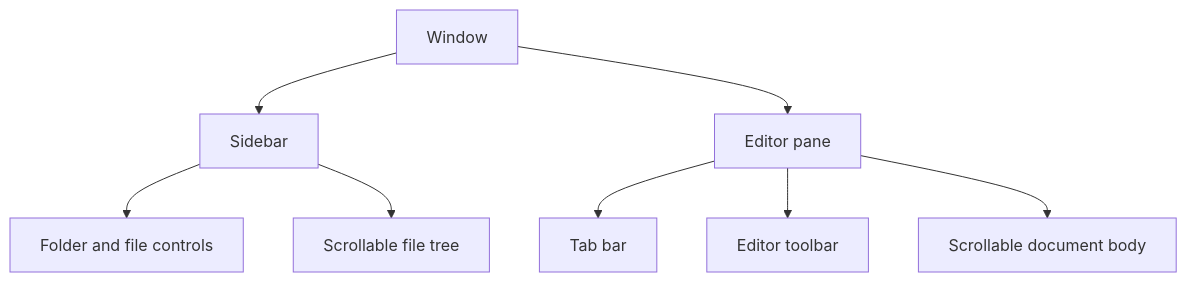
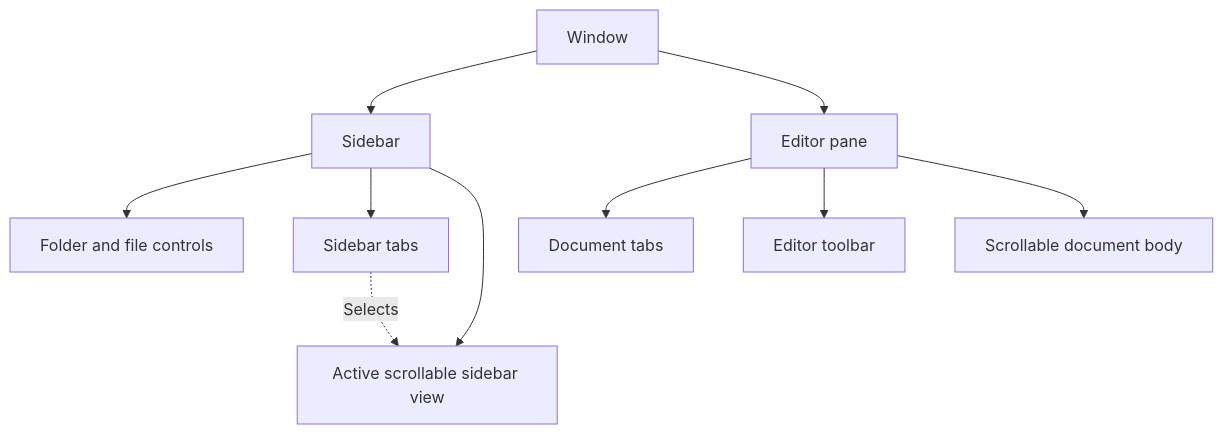
The diagram in DESIGN.md (narumiruna/gpui-editor), drawn with Mermaid before and after one commit. The commit also changed other lines of this file and 23 other files, not shown here.

Commit message:
feat(editor): add sidebar navigation tabs

````diff
--- a/DESIGN.md
+++ b/DESIGN.md
@@ -15,10 +15,12 @@
 ```mermaid
 flowchart TD
     Window --> Sidebar
     Window --> Pane[Editor pane]
     Sidebar --> SidebarToolbar[Folder and file controls]
-    Sidebar --> Tree[Scrollable file tree]
-    Pane --> Tabs[Tab bar]
+    Sidebar --> SidebarTabs[Sidebar tabs]
+    Sidebar --> View[Active scrollable sidebar view]
+    SidebarTabs -.->|Selects| View
+    Pane --> Tabs[Document tabs]
     Pane --> Toolbar[Editor toolbar]
     Pane --> Body[Scrollable document body]
 ```
````
